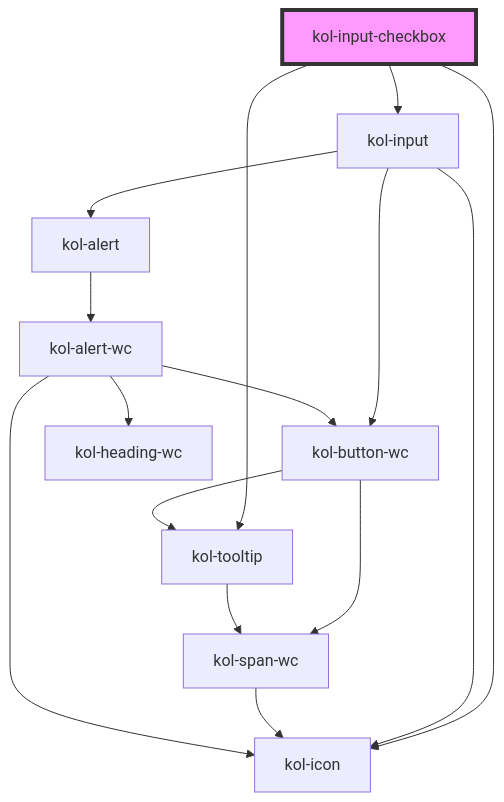
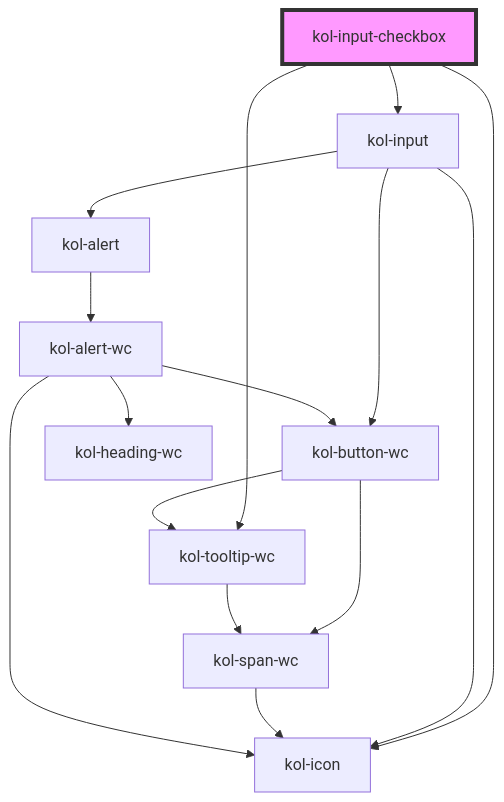
Before and after one commit to public-ui/kolibri: the diagram in packages/components/src/components/input-checkbox/readme.md, drawn with Mermaid. The commit also changed other lines of this file and 99 other files, not shown here.

````diff
--- a/packages/components/src/components/input-checkbox/readme.md
+++ b/packages/components/src/components/input-checkbox/readme.md
@@ -102,18 +102,18 @@
 ```mermaid
 graph TD;
   kol-input-checkbox --> kol-input
   kol-input-checkbox --> kol-icon
-  kol-input-checkbox --> kol-tooltip
+  kol-input-checkbox --> kol-tooltip-wc
   kol-input --> kol-icon
   kol-input --> kol-button-wc
   kol-input --> kol-alert
   kol-button-wc --> kol-span-wc
-  kol-button-wc --> kol-tooltip
+  kol-button-wc --> kol-tooltip-wc
   kol-span-wc --> kol-icon
-  kol-tooltip --> kol-span-wc
+  kol-tooltip-wc --> kol-span-wc
   kol-alert --> kol-alert-wc
   kol-alert-wc --> kol-heading-wc
   kol-alert-wc --> kol-button-wc
   kol-alert-wc --> kol-icon
   style kol-input-checkbox fill:#f9f,stroke:#333,stroke-width:4px
 ```
````
